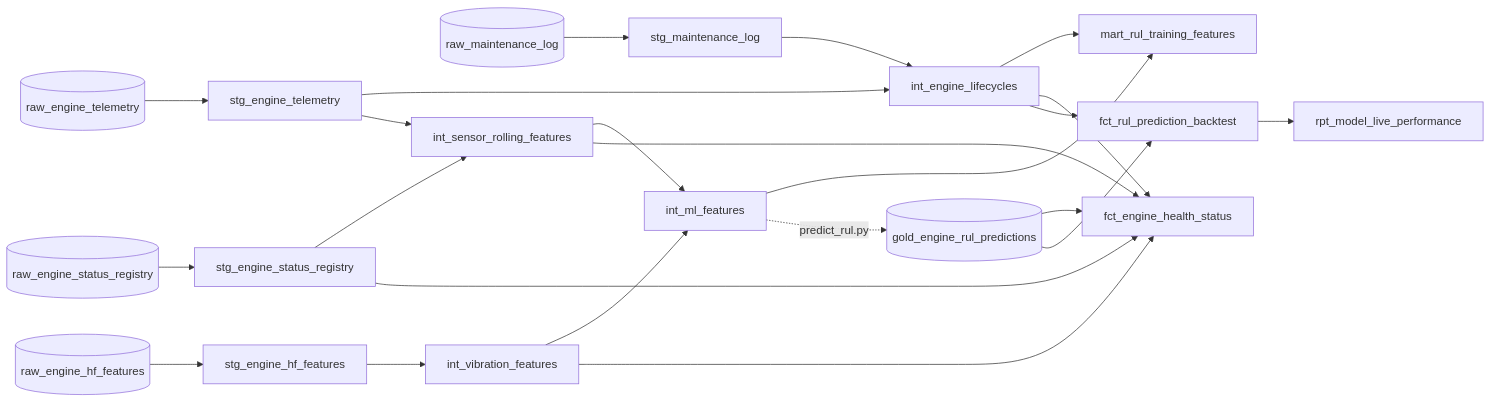
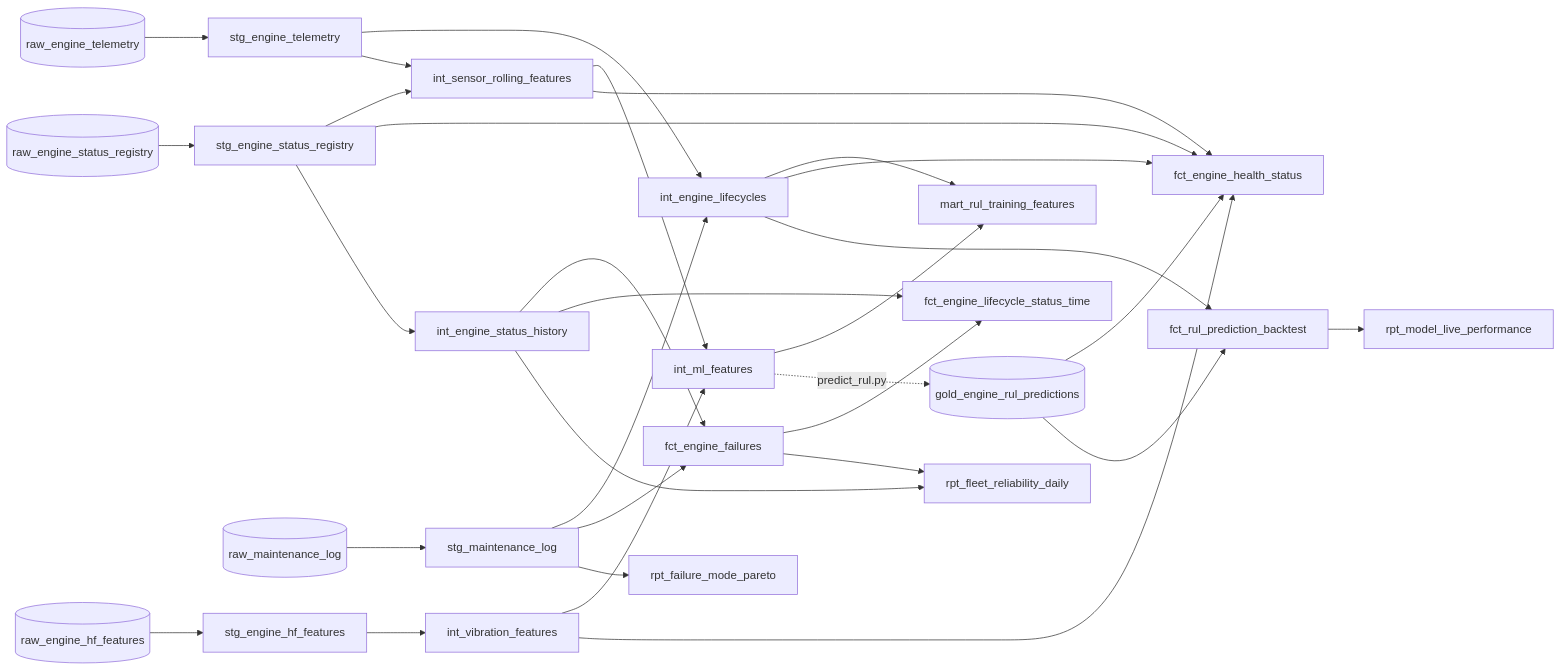
One commit to mahanfatehian/jet-engine-lakehouse changed the diagram in docs/architecture.md. Above: the diagram before and after it, drawn with Mermaid. The commit also changed other lines of this file and 2 other files, not shown here.

First line of the commit message:
feat(grafana): Fleet Reliability dashboard; document reliability, lake restore and resumable backfill

````diff
--- a/docs/architecture.md
+++ b/docs/architecture.md
@@ -163,25 +168,33 @@
 ```mermaid
 flowchart LR
     RT[(raw_engine_telemetry)] --> STG[stg_engine_telemetry]
     RR[(raw_engine_status_registry)] --> STR[stg_engine_status_registry]
     RM[(raw_maintenance_log)] --> STM[stg_maintenance_log]
     STG --> LC[int_engine_lifecycles]
     STM --> LC
     RH[(raw_engine_hf_features)] --> SHF[stg_engine_hf_features]
     STG --> F[int_sensor_rolling_features]
     STR --> F
     SHF --> VIB[int_vibration_features]
     F --> ML[int_ml_features]
     VIB --> ML
     ML --> MART[mart_rul_training_features]
     LC --> MART
     F --> FCT[fct_engine_health_status]
     VIB --> FCT
     STR --> FCT
     LC --> FCT
     P[(gold_engine_rul_predictions)] --> FCT
     ML -.->|predict_rul.py| P
     P --> BT[fct_rul_prediction_backtest]
     LC --> BT
     BT --> RPT[rpt_model_live_performance]
+    STR --> SCD[int_engine_status_history]
+    SCD --> FAIL[fct_engine_failures]
+    STM --> FAIL
+    SCD --> LST[fct_engine_lifecycle_status_time]
+    FAIL --> LST
+    SCD --> DAY[rpt_fleet_reliability_daily]
+    FAIL --> DAY
+    STM --> PAR[rpt_failure_mode_pareto]
 ```
````
